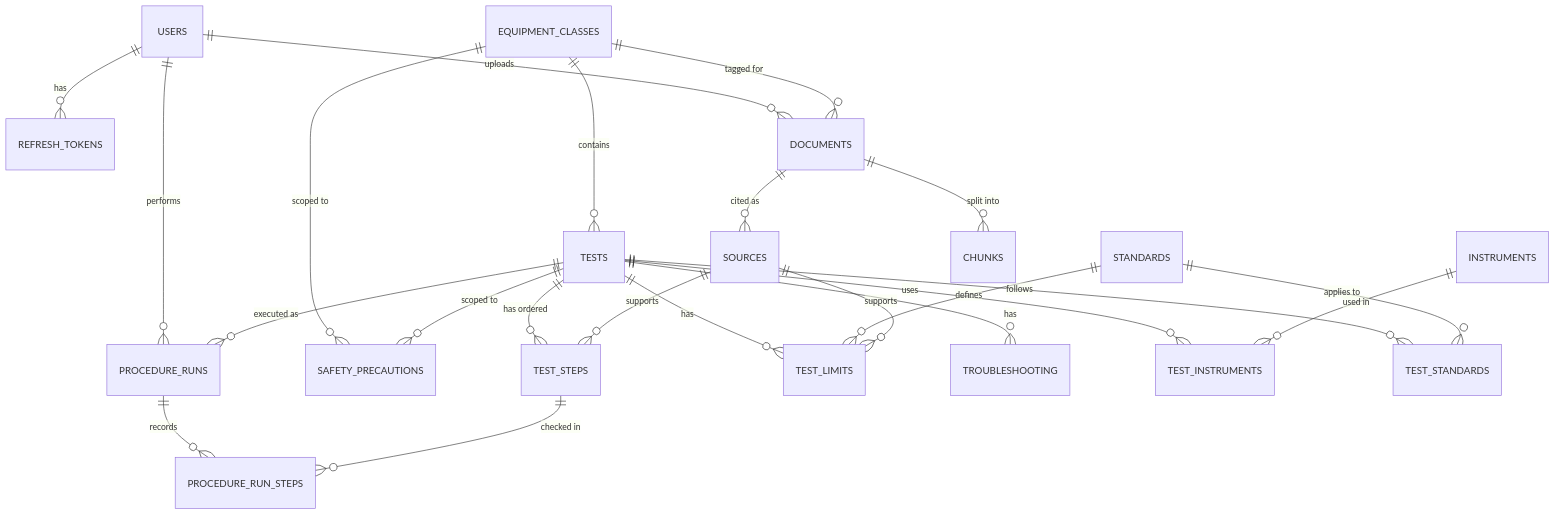
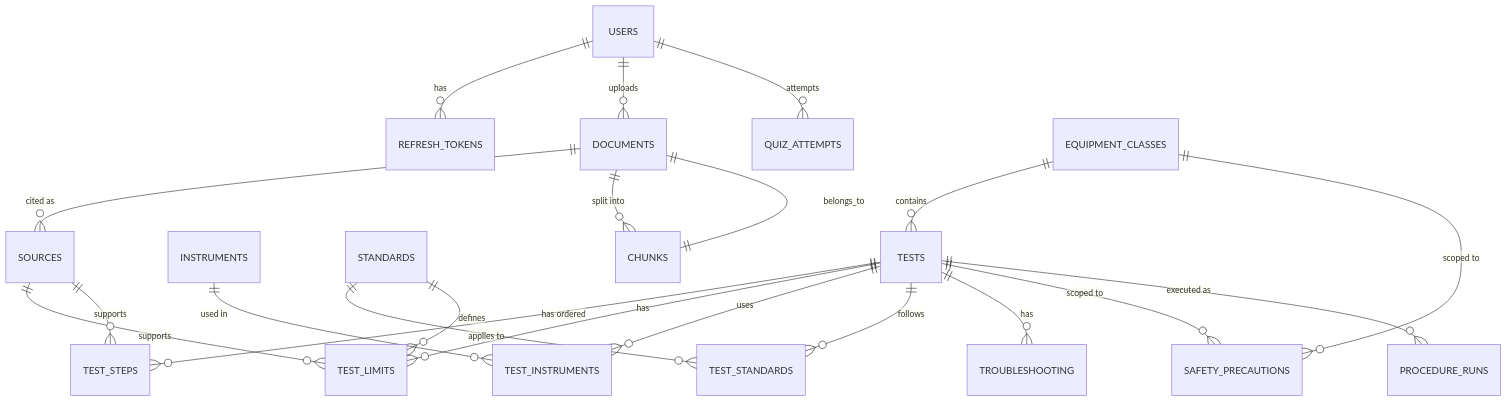
Before and after one commit to Ayush-840/SubstationAI: the diagram in DB.md, drawn with Mermaid. The commit also changed other lines of this file and 3 other files, not shown here.

````diff
--- a/DB.md
+++ b/DB.md
@@ -21,25 +48,23 @@
 ```mermaid
 erDiagram
     USERS ||--o{ REFRESH_TOKENS : has
-    USERS ||--o{ PROCEDURE_RUNS : performs
     USERS ||--o{ DOCUMENTS : uploads
+    USERS ||--o{ QUIZ_ATTEMPTS : attempts
     EQUIPMENT_CLASSES ||--o{ TESTS : contains
-    EQUIPMENT_CLASSES ||--o{ DOCUMENTS : "tagged for"
     EQUIPMENT_CLASSES ||--o{ SAFETY_PRECAUTIONS : "scoped to"
     TESTS ||--o{ TEST_STEPS : "has ordered"
     TESTS ||--o{ TEST_LIMITS : "has"
+    TESTS ||--o{ TEST_INSTRUMENTS : uses
+    TESTS ||--o{ TEST_STANDARDS : "follows"
     TESTS ||--o{ TROUBLESHOOTING : "has"
     TESTS ||--o{ SAFETY_PRECAUTIONS : "scoped to"
-    TESTS ||--o{ TEST_INSTRUMENTS : uses
+    TESTS ||--o{ PROCEDURE_RUNS : "executed as"
     INSTRUMENTS ||--o{ TEST_INSTRUMENTS : "used in"
-    TESTS ||--o{ TEST_STANDARDS : "follows"
     STANDARDS ||--o{ TEST_STANDARDS : "applies to"
     STANDARDS ||--o{ TEST_LIMITS : "defines"
     SOURCES ||--o{ TEST_LIMITS : "supports"
     SOURCES ||--o{ TEST_STEPS : "supports"
     DOCUMENTS ||--o{ SOURCES : "cited as"
     DOCUMENTS ||--o{ CHUNKS : "split into"
-    TESTS ||--o{ PROCEDURE_RUNS : "executed as"
-    PROCEDURE_RUNS ||--o{ PROCEDURE_RUN_STEPS : records
-    TEST_STEPS ||--o{ PROCEDURE_RUN_STEPS : "checked in"
+    CHUNKS ||--|| DOCUMENTS : belongs_to
 ```
````
